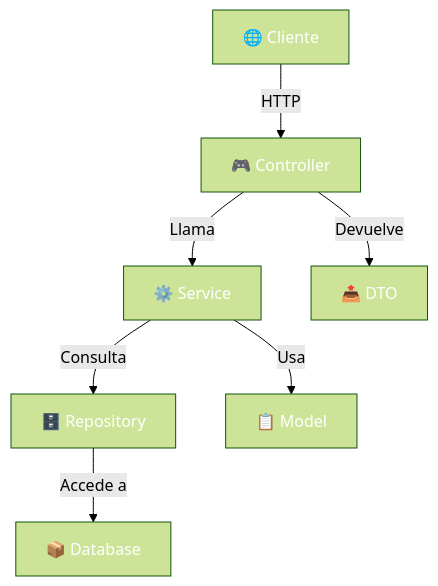
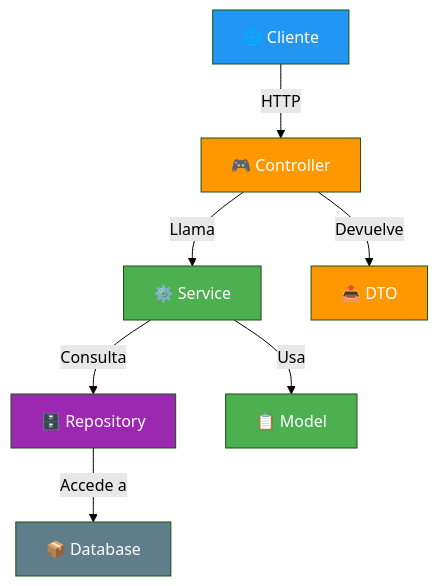
One commit to joseluisgs/DesarrolloWebEntornosServidor-02-2026-2027 changed the second of 6 diagrams in 05-arquitectura-pipeline.md. Above: the diagram before and after it, drawn with Mermaid (forest theme). The commit also changed other lines of this file and 29 other files, not shown here.

Commit message:
docs: corregir estilos Mermaid y estilo, quitar referencias a la Tienda y reestructurar los retos 13 y 15

````diff
--- a/05-arquitectura-pipeline.md
+++ b/05-arquitectura-pipeline.md
@@ -85,16 +85,16 @@
 ```mermaid
 flowchart TD
     A["🌐 Cliente"] -->|HTTP| B["🎮 Controller"]
     B -->|Llama| C["⚙️ Service"]
     C -->|Consulta| D["🗄️ Repository"]
     D -->|Accede a| E["📦 Database"]
     C -->|Usa| F["📋 Model"]
     B -->|Devuelve| G["📤 DTO"]
-    style A fill:#2196F,color:#fff3,color:#fff
-    style B fill:#FF980,color:#fff0,color:#fff
-    style C fill:#4CAF5,color:#fff0,color:#fff
-    style D fill:#9C27B,color:#fff0,color:#fff
-    style E fill:#607D8,color:#fffB,color:#fff
-    style F fill:#4CAF5,color:#fff0,color:#fff
-    style G fill:#FF980,color:#fff0,color:#fff
+    style A fill:#2196F3,color:#fff
+    style B fill:#FF9800,color:#fff
+    style C fill:#4CAF50,color:#fff
+    style D fill:#9C27B0,color:#fff
+    style E fill:#607D8B,color:#fff
+    style F fill:#4CAF50,color:#fff
+    style G fill:#FF9800,color:#fff
 ```
````
